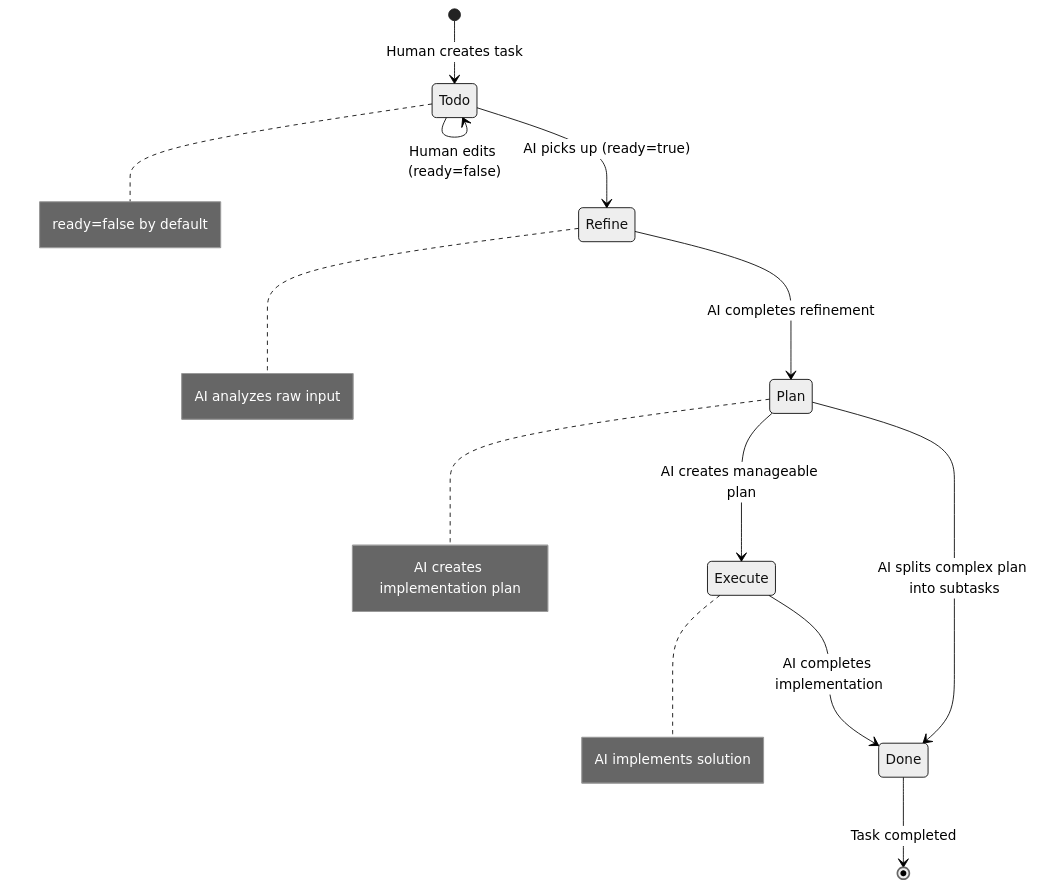
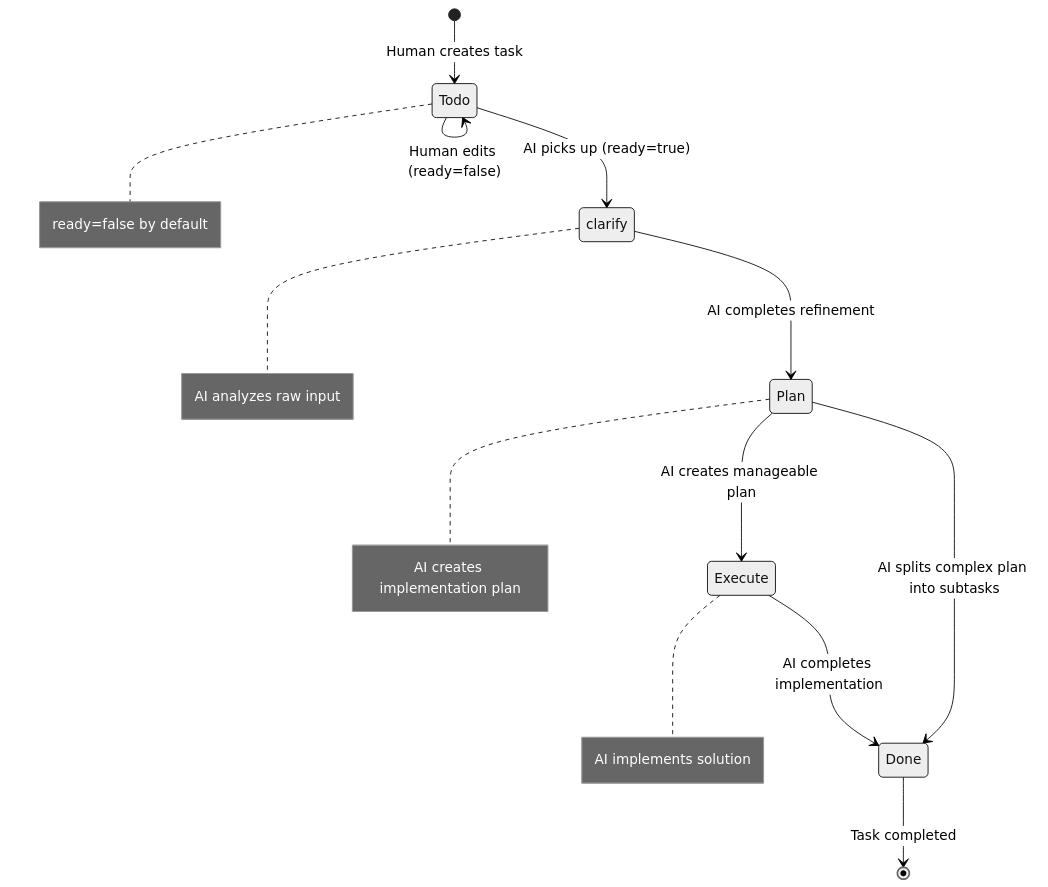
The second of 4 diagrams in docs/feature-flows/task-lifecycle.md (ivawzh/v0-bun-hono-tanstack-router), drawn with Mermaid (neutral theme) before and after one commit. The commit also changed other lines of this file and 32 other files, not shown here.

````diff
--- a/docs/feature-flows/task-lifecycle.md
+++ b/docs/feature-flows/task-lifecycle.md
@@ -106,16 +106,16 @@
 ```mermaid
 stateDiagram-v2
     [*] --> Todo : Human creates task
     Todo --> Todo : Human edits (ready=false)
-    Todo --> Refine : AI picks up (ready=true)
-    Refine --> Plan : AI completes refinement
+    Todo --> clarify : AI picks up (ready=true)
+    clarify --> Plan : AI completes refinement
     Plan --> Execute : AI creates manageable plan
     Plan --> Done : AI splits complex plan into subtasks
     Execute --> Done : AI completes implementation
     Done --> [*] : Task completed
-    
+
     note right of Todo : ready=false by default
-    note right of Refine : AI analyzes raw input
+    note right of clarify : AI analyzes raw input
     note right of Plan : AI creates implementation plan
     note right of Execute : AI implements solution
 ```
````
